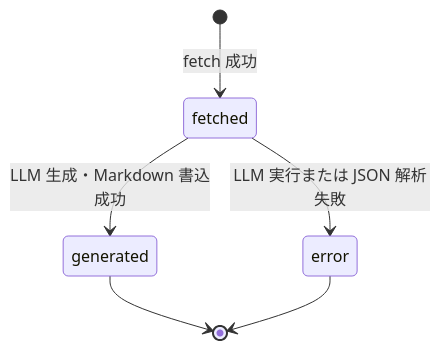
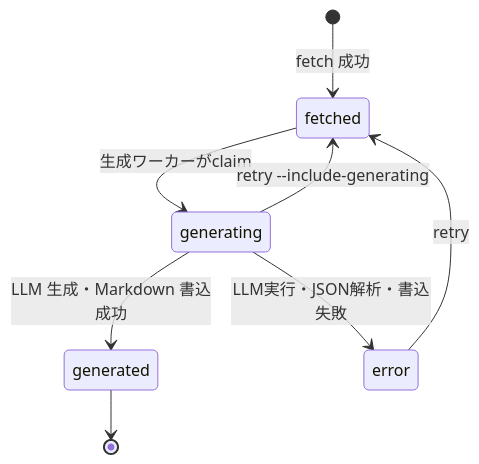
One commit to yatta47/ai-architecture-digest changed the second of 3 diagrams in docs/design.md. Above: the diagram before and after it, drawn with Mermaid. The commit also changed other lines of this file and 4 other files, not shown here.

````diff
--- a/docs/design.md
+++ b/docs/design.md
@@ -129,8 +131,10 @@
 ```mermaid
 stateDiagram-v2
     [*] --> fetched: fetch 成功
-    fetched --> generated: LLM 生成・Markdown 書込成功
-    fetched --> error: LLM 実行または JSON 解析失敗
+    fetched --> generating: 生成ワーカーがclaim
+    generating --> generated: LLM 生成・Markdown 書込成功
+    generating --> error: LLM実行・JSON解析・書込失敗
+    error --> fetched: retry
+    generating --> fetched: retry --include-generating
     generated --> [*]
-    error --> [*]
 ```
````
